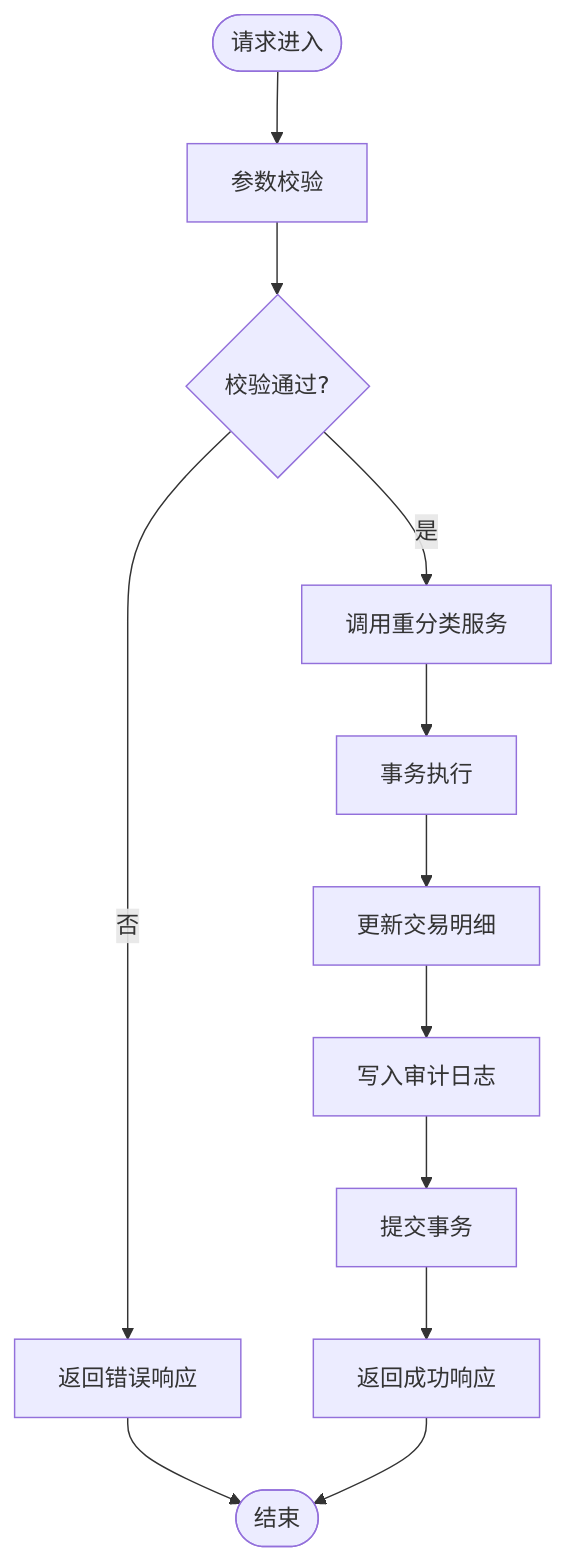
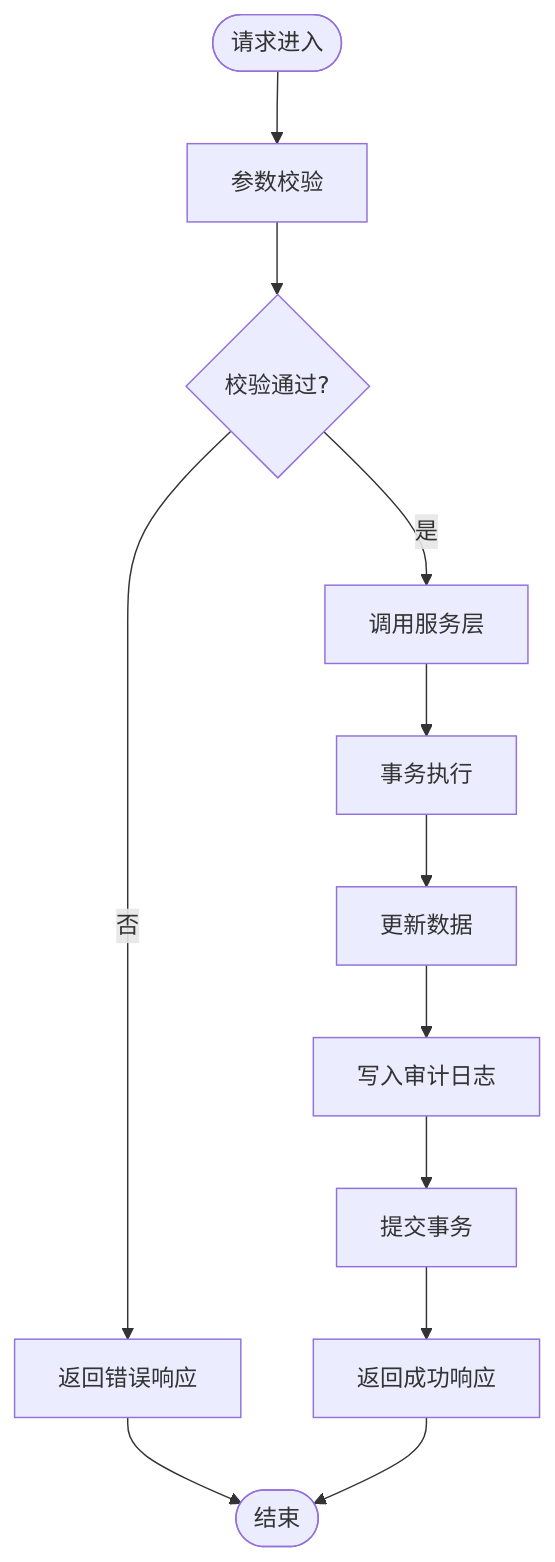
Before and after one commit to Damao997/newproject: the sixth of 11 diagrams in .qoder/repowiki/zh/content/核心模块/重分类系统.md, drawn with Mermaid. The commit also changed other lines of this file and 27 other files, not shown here.

````diff
--- a/.qoder/repowiki/zh/content/核心模块/重分类系统.md
+++ b/.qoder/repowiki/zh/content/核心模块/重分类系统.md
@@ -166,14 +277,14 @@
 ```mermaid
 flowchart TD
 Start(["请求进入"]) --> Validate["参数校验"]
 Validate --> Valid{"校验通过?"}
 Valid --> |否| Err["返回错误响应"]
-Valid --> |是| CallSvc["调用重分类服务"]
+Valid --> |是| CallSvc["调用服务层"]
 CallSvc --> Tx["事务执行"]
-Tx --> Update["更新交易明细"]
+Tx --> Update["更新数据"]
 Update --> Log["写入审计日志"]
 Log --> Commit["提交事务"]
 Commit --> Resp["返回成功响应"]
 Err --> End(["结束"])
 Resp --> End
 ```
````
